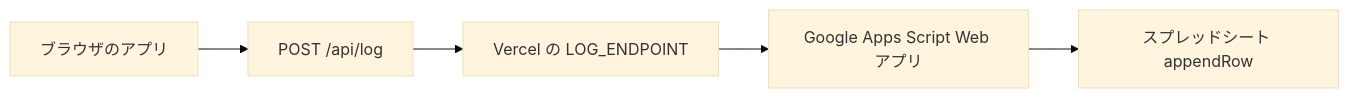
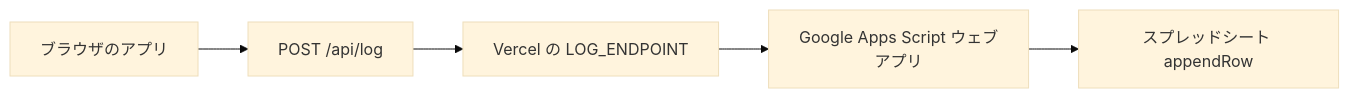
The diagram in docs/spreadsheet-setup.md (ReijiHARADA/ab-prototype), drawn with Mermaid (base theme) before and after one commit. The commit also changed other lines of this file, not shown here.

Commit message:
docs: revise spreadsheet setup documentation for clarity and structure, including detailed steps for Google Apps Script and Vercel configuration

````diff
--- a/docs/spreadsheet-setup.md
+++ b/docs/spreadsheet-setup.md
@@ -9,7 +5,7 @@
 ```mermaid
 flowchart LR
   A[ブラウザのアプリ] --> B["POST /api/log"]
   B --> C[Vercel の LOG_ENDPOINT]
-  C --> D[Google Apps Script Web アプリ]
+  C --> D[Google Apps Script ウェブアプリ]
   D --> E[スプレッドシート appendRow]
 ```
````
